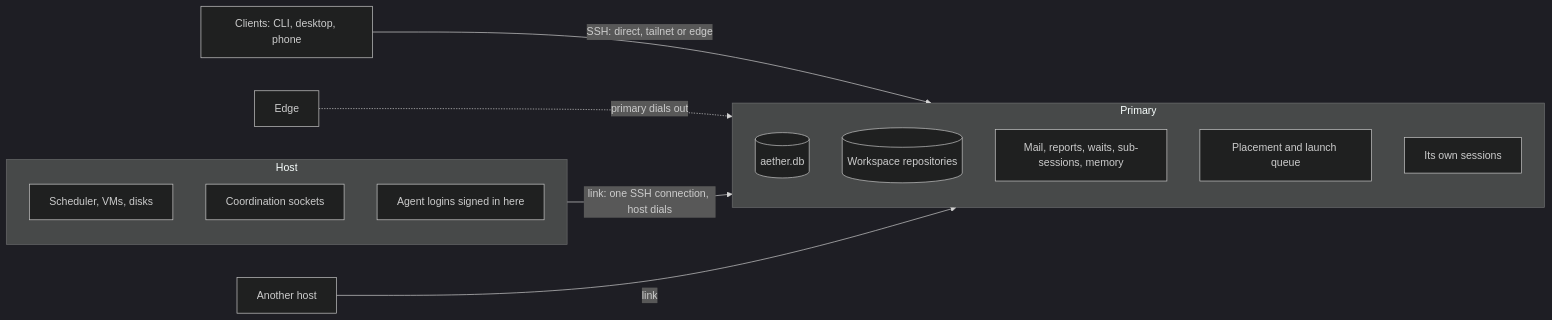
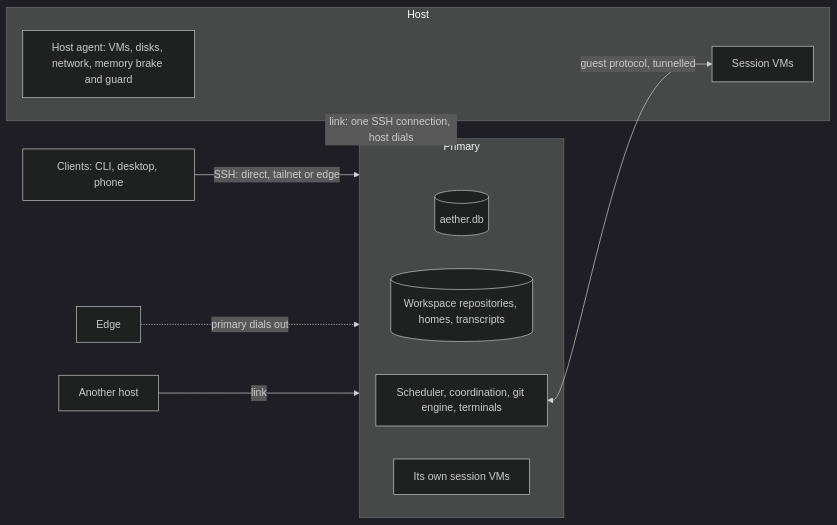
The first of 2 diagrams in docs/plans/2026-11-27-multi-machine.md (3xDevOps/cloudfield), drawn with Mermaid (dark theme) before and after one commit. The commit also changed other lines of this file and 1 other file, not shown here.

First line of the commit message:
docs(plans): recommend a VM-only host driven by the primary

````diff
--- a/docs/plans/2026-11-27-multi-machine.md
+++ b/docs/plans/2026-11-27-multi-machine.md
@@ -169,19 +196,18 @@
 ```mermaid
 flowchart LR
     C[Clients: CLI, desktop, phone] -->|"SSH: direct, tailnet or edge"| P
     E[Edge] -.->|primary dials out| P
     subgraph P["Primary"]
         DB[(aether.db)]
-        R[(Workspace repositories)]
-        CO[Mail, reports, waits, sub-sessions, memory]
-        PL[Placement and launch queue]
-        S1[Its own sessions]
+        R[(Workspace repositories, homes, transcripts)]
+        SCH[Scheduler, coordination, git engine, terminals]
+        V0[Its own session VMs]
     end
     subgraph H1["Host"]
-        HS[Scheduler, VMs, disks]
-        HC[Coordination sockets]
-        HL[Agent logins signed in here]
+        HA[Host agent: VMs, disks, network, memory brake and guard]
+        V1[Session VMs]
     end
+    SCH <-->|"guest protocol, tunnelled"| V1
     H1 -->|"link: one SSH connection, host dials"| P
     H2[Another host] -->|link| P
 ```
````
